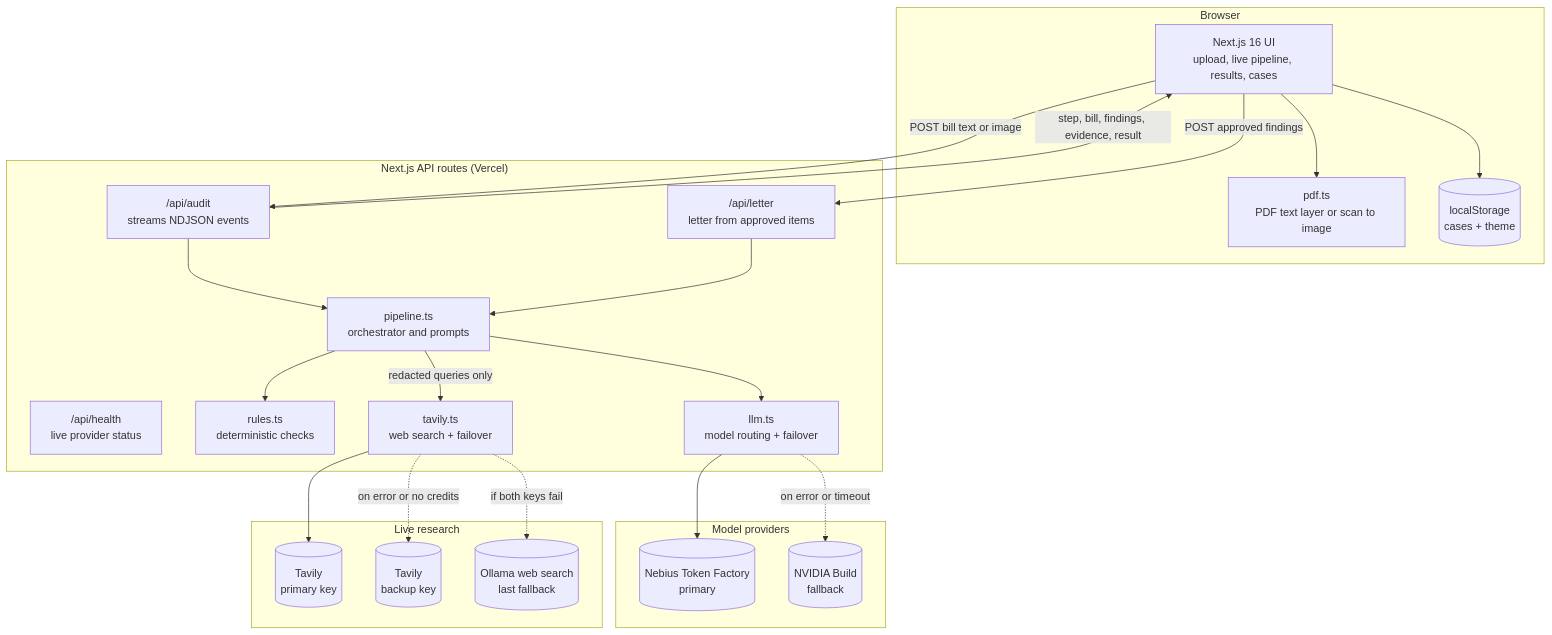
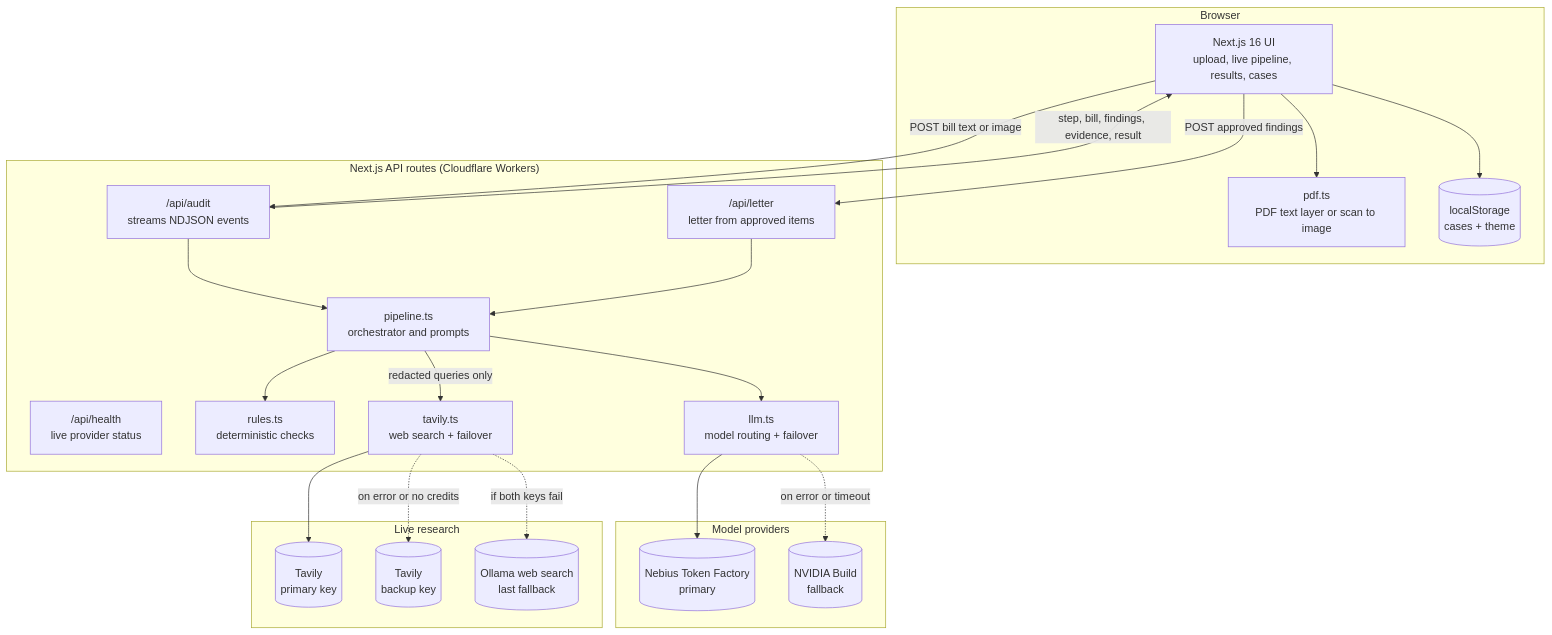
The first of 2 diagrams in README.md (mdharishsuhaib/Quibillix), drawn with Mermaid before and after one commit. The commit also changed other lines of this file and 9 other files, not shown here.

````diff
--- a/README.md
+++ b/README.md
@@ -120,45 +120,45 @@
 ```mermaid
 flowchart TD
     subgraph Client["Browser"]
         UI["Next.js 16 UI<br/>upload, live pipeline, results, cases"]
         PDF["pdf.ts<br/>PDF text layer or scan to image"]
         Store[("localStorage<br/>cases + theme")]
     end
 
-    subgraph Server["Next.js API routes (Vercel)"]
+    subgraph Server["Next.js API routes (Cloudflare Workers)"]
         Audit["/api/audit<br/>streams NDJSON events"]
         Letter["/api/letter<br/>letter from approved items"]
         Health["/api/health<br/>live provider status"]
         Pipeline["pipeline.ts<br/>orchestrator and prompts"]
         Rules["rules.ts<br/>deterministic checks"]
         LLM["llm.ts<br/>model routing + failover"]
         Search["tavily.ts<br/>web search + failover"]
     end
 
     subgraph Models["Model providers"]
         Nebius[("Nebius Token Factory<br/>primary")]
         NVIDIA[("NVIDIA Build<br/>fallback")]
     end
 
     subgraph Web["Live research"]
         Tavily[("Tavily<br/>primary key")]
         Tavily2[("Tavily<br/>backup key")]
         Ollama[("Ollama web search<br/>last fallback")]
     end
 
     UI --> PDF
     UI -- "POST bill text or image" --> Audit
     UI -- "POST approved findings" --> Letter
     Audit --> Pipeline
     Letter --> Pipeline
     Pipeline --> Rules
     Pipeline --> LLM
     Pipeline -- "redacted queries only" --> Search
     LLM --> Nebius
     LLM -. "on error or timeout" .-> NVIDIA
     Search --> Tavily
     Search -. "on error or no credits" .-> Tavily2
     Search -. "if both keys fail" .-> Ollama
     Audit -- "step, bill, findings, evidence, result" --> UI
     UI --> Store
 ```
````
